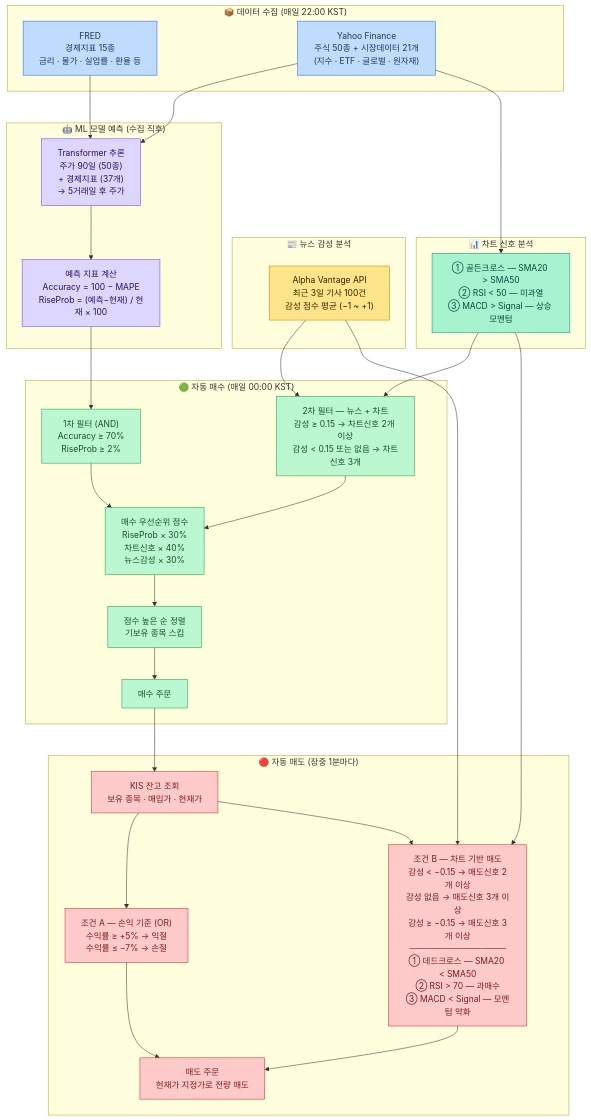
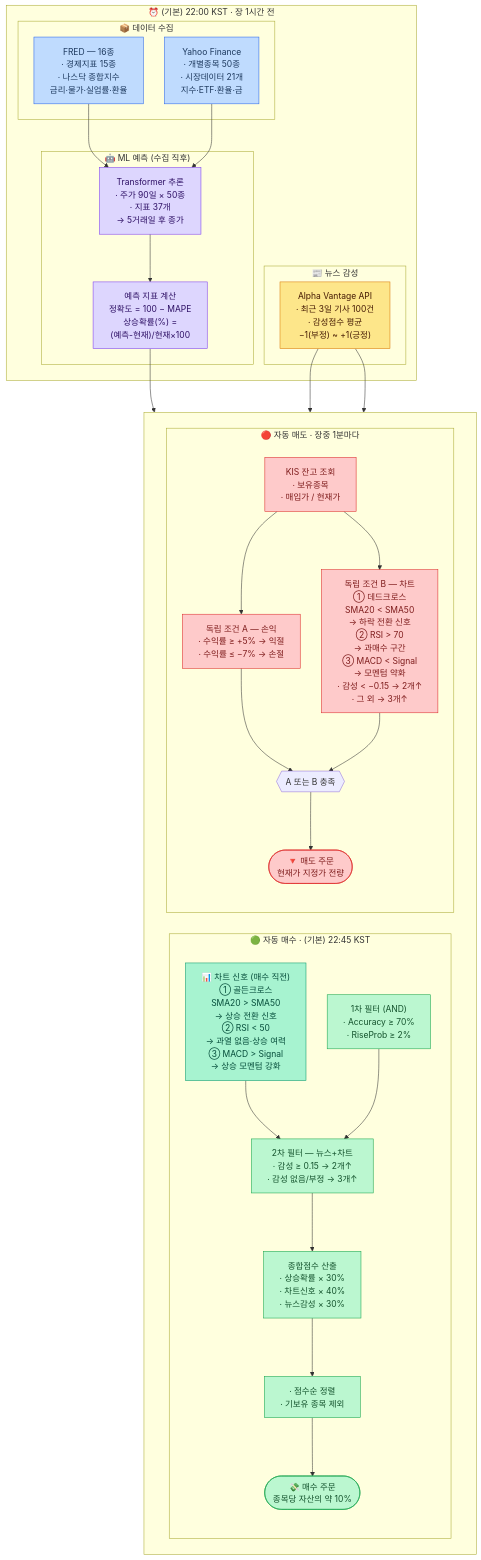
One commit to JangJiWon0108/-trader-ai changed the second of 2 diagrams in docs/README.md. Above: the diagram before and after it, drawn with Mermaid. The commit also changed other lines of this file and 73 other files, not shown here.

````diff
--- a/docs/README.md
+++ b/docs/README.md
@@ -80,71 +91,69 @@
 ```mermaid
 %%{init: {"flowchart": {"useMaxWidth": true, "htmlLabels": true, "nodeSpacing": 40, "rankSpacing": 60}} }%%
 flowchart TD
-    subgraph Data["📦 데이터 수집 (매일 22:00 KST)"]
-        FRED["FRED<br/>경제지표 15종<br/>금리 · 물가 · 실업률 · 환율 등"]
-        YF["Yahoo Finance<br/>주식 50종 + 시장데이터 21개<br/>(지수 · ETF · 글로벌 · 원자재)"]
+    subgraph Schedule["⏰ (기본) 22:00 KST · 장 1시간 전"]
+        subgraph Data["📦 데이터 수집"]
+            FRED["FRED — 16종<br/>· 경제지표 15종<br/>· 나스닥 종합지수<br/>금리·물가·실업률·환율"]
+            YF["Yahoo Finance<br/>· 개별종목 50종<br/>· 시장데이터 21개<br/>지수·ETF·환율·금"]
+        end
+        subgraph AI["🤖 ML 예측 (수집 직후)"]
+            INF["Transformer 추론<br/>· 주가 90일 × 50종<br/>· 지표 37개<br/>→ 5거래일 후 종가"]
+            EVAL["예측 지표 계산<br/>정확도 = 100 − MAPE<br/>상승확률(%) =<br/>(예측-현재)/현재×100"]
+        end
+        subgraph Sentiment["📰 뉴스 감성"]
+            ALPHA["Alpha Vantage API<br/>· 최근 3일 기사 100건<br/>· 감성점수 평균<br/>−1(부정) ~ +1(긍정)"]
+        end
     end
 
-    subgraph AI["🤖 ML 모델 예측 (수집 직후)"]
-        INF["Transformer 추론<br/>주가 90일 (50종)<br/>+ 경제지표 (37개)<br/>→ 5거래일 후 주가"]
-        EVAL["예측 지표 계산<br/>Accuracy = 100 − MAPE<br/>RiseProb = (예측−현재) / 현재 × 100"]
-    end
-
-    subgraph Sentiment["📰 뉴스 감성 분석"]
-        ALPHA["Alpha Vantage API<br/>최근 3일 기사 100건<br/>감성 점수 평균 (−1 ~ +1)"]
-    end
-
-    subgraph Technical["📊 차트 신호 분석"]
-        TECH["① 골든크로스 — SMA20 &gt; SMA50<br/>② RSI &lt; 50 — 미과열<br/>③ MACD &gt; Signal — 상승 모멘텀"]
-    end
-
-    subgraph AutoBuy["🟢 자동 매수 (매일 00:00 KST)"]
-        FILTER["1차 필터 (AND)<br/>Accuracy ≥ 70%<br/>RiseProb ≥ 2%"]
-        RULE_BUY["2차 필터 — 뉴스 + 차트<br/>감성 ≥ 0.15 → 차트신호 2개 이상<br/>감성 &lt; 0.15 또는 없음 → 차트신호 3개"]
-        MERGE["매수 우선순위 점수<br/>RiseProb × 30%<br/>차트신호 × 40%<br/>뉴스감성 × 30%"]
-        BUY_CAND["점수 높은 순 정렬<br/>기보유 종목 스킵"]
-        BUY["매수 주문"]
-    end
-
-    subgraph AutoSell["🔴 자동 매도 (장중 1분마다)"]
-        HOLDINGS["KIS 잔고 조회<br/>보유 종목 · 매입가 · 현재가"]
-        SELL_PL["조건 A — 손익 기준 (OR)<br/>수익률 ≥ +5% → 익절<br/>수익률 ≤ −7% → 손절"]
-        SELL_RULE["조건 B — 차트 기반 매도<br/>감성 &lt; −0.15 → 매도신호 2개 이상<br/>감성 없음 → 매도신호 3개 이상<br/>감성 ≥ −0.15 → 매도신호 3개 이상<br/>────────────────<br/>① 데드크로스 — SMA20 &lt; SMA50<br/>② RSI &gt; 70 — 과매수<br/>③ MACD &lt; Signal — 모멘텀 약화"]
-        SELL_ORDER["매도 주문<br/>현재가 지정가로 전량 매도"]
+    subgraph TradingRow[" "]
+        direction LR
+        subgraph AutoBuy["🟢 자동 매수 · (기본) 22:45 KST"]
+            direction TB
+            TECH["📊 차트 신호 (매수 직전)<br/>① 골든크로스<br/>   SMA20 &gt; SMA50<br/>   → 상승 전환 신호<br/>② RSI &lt; 50<br/>   → 과열 없음·상승 여력<br/>③ MACD &gt; Signal<br/>   → 상승 모멘텀 강화"]
+            FILTER["1차 필터 (AND)<br/>· Accuracy ≥ 70%<br/>· RiseProb ≥ 2%"]
+            RULE_BUY["2차 필터 — 뉴스+차트<br/>· 감성 ≥ 0.15 → 2개↑<br/>· 감성 없음/부정 → 3개↑"]
+            MERGE["종합점수 산출<br/>· 상승확률 × 30%<br/>· 차트신호 × 40%<br/>· 뉴스감성 × 30%"]
+            BUY_CAND["· 점수순 정렬<br/>· 기보유 종목 제외"]
+            BUY(["💸 매수 주문<br/>종목당 자산의 약 10%"])
+        end
+        subgraph AutoSell["🔴 자동 매도 · 장중 1분마다"]
+            direction TB
+            HOLDINGS["KIS 잔고 조회<br/>· 보유종목<br/>· 매입가 / 현재가"]
+            SELL_PL["독립 조건 A — 손익<br/>· 수익률 ≥ +5% → 익절<br/>· 수익률 ≤ −7% → 손절"]
+            SELL_RULE["독립 조건 B — 차트<br/>① 데드크로스<br/>   SMA20 &lt; SMA50<br/>   → 하락 전환 신호<br/>② RSI &gt; 70<br/>   → 과매수 구간<br/>③ MACD &lt; Signal<br/>   → 모멘텀 약화<br/>· 감성 &lt; −0.15 → 2개↑<br/>· 그 외 → 3개↑"]
+            SELL_OR{{"A 또는 B 충족"}}
+            SELL_ORDER(["🔻 매도 주문<br/>현재가 지정가 전량"])
+        end
     end
 
     FRED --> INF
     YF --> INF
-    YF --> TECH
     INF --> EVAL
     EVAL --> FILTER
     ALPHA --> RULE_BUY
+    ALPHA --> SELL_RULE
     TECH --> RULE_BUY
-    FILTER --> MERGE
+    FILTER --> RULE_BUY
     RULE_BUY --> MERGE
     MERGE --> BUY_CAND
     BUY_CAND --> BUY
-    BUY --> HOLDINGS
-    TECH --> SELL_RULE
-    ALPHA --> SELL_RULE
-
     HOLDINGS --> SELL_PL
     HOLDINGS --> SELL_RULE
-
-    SELL_PL --> SELL_ORDER
-    SELL_RULE --> SELL_ORDER
+    SELL_PL --> SELL_OR
+    SELL_RULE --> SELL_OR
+    SELL_OR --> SELL_ORDER
 
     classDef dataStyle fill:#BFDBFE,stroke:#2563EB,color:#1e3a5f
     classDef aiStyle fill:#DDD6FE,stroke:#7C3AED,color:#2e1065
     classDef sentStyle fill:#FDE68A,stroke:#D97706,color:#451a03
     classDef techStyle fill:#A7F3D0,stroke:#059669,color:#064e3b
     classDef buyStyle fill:#BBF7D0,stroke:#16A34A,color:#14532d
     classDef sellStyle fill:#FECACA,stroke:#DC2626,color:#7f1d1d
 
     class FRED,YF dataStyle
     class INF,EVAL aiStyle
     class ALPHA sentStyle
     class TECH techStyle
     class FILTER,RULE_BUY,MERGE,BUY_CAND,BUY buyStyle
     class HOLDINGS,SELL_PL,SELL_RULE,SELL_ORDER sellStyle
 ```
````
